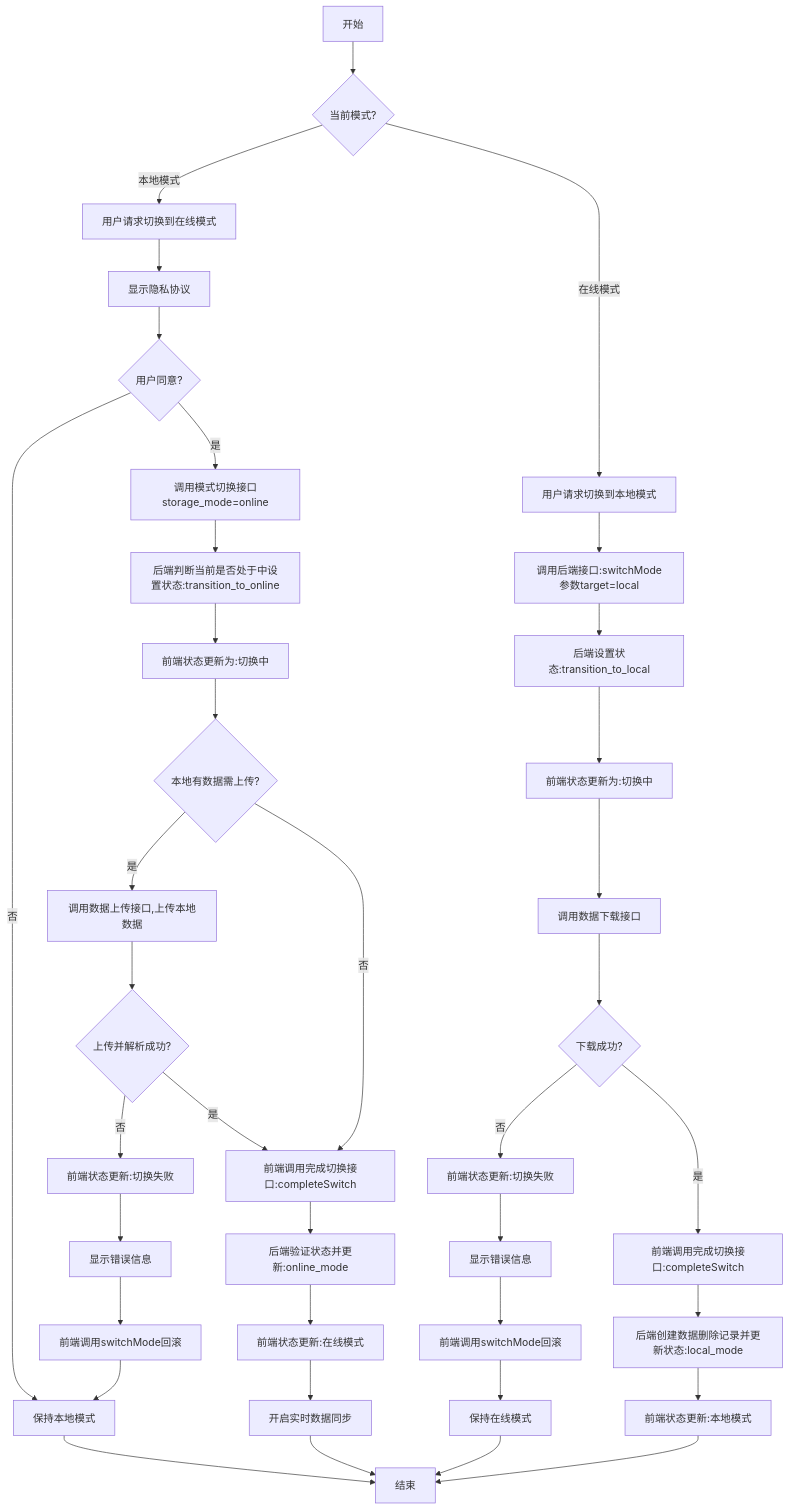
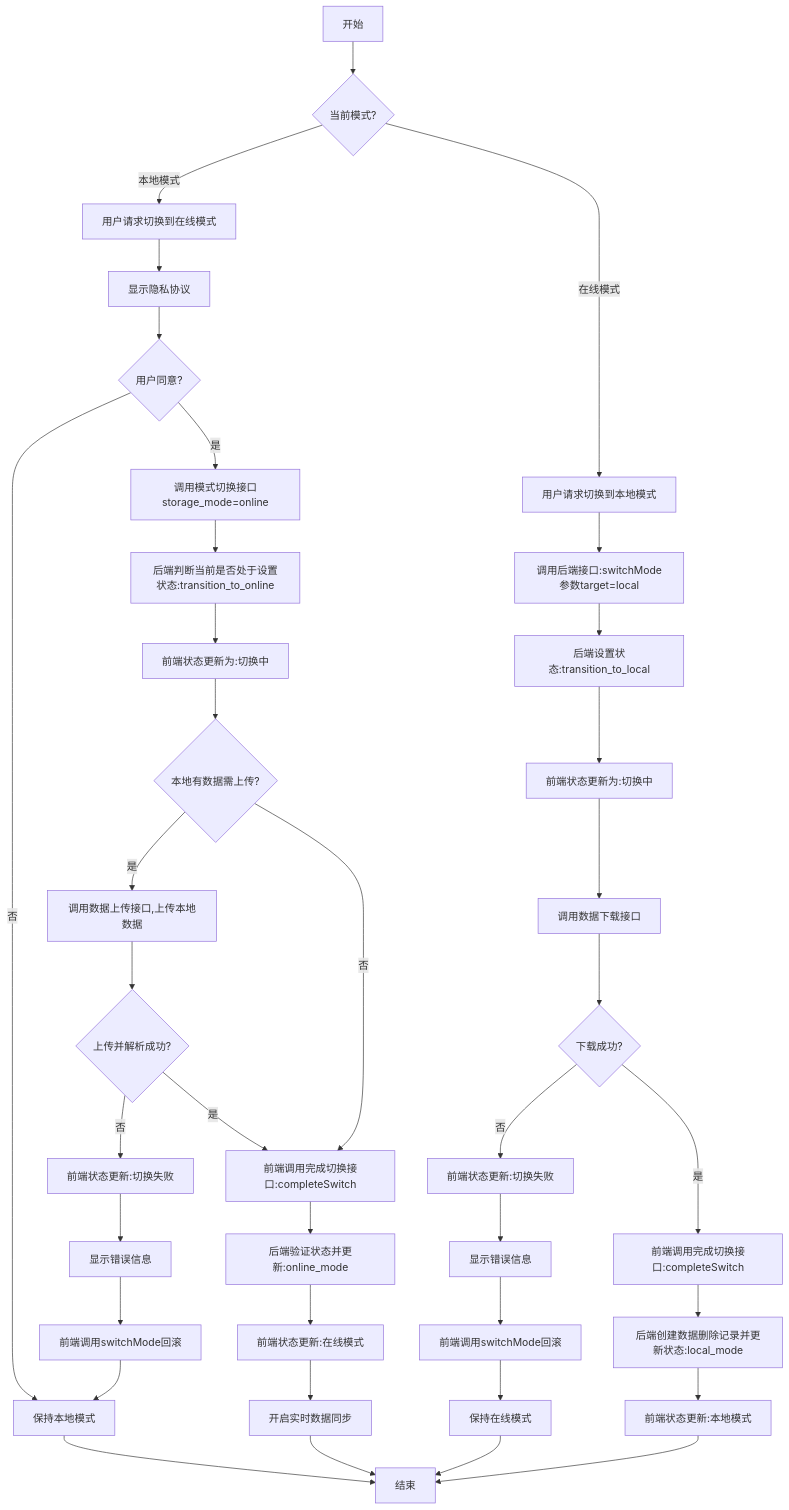
One commit to yingjianzh/iodraw-files changed the diagram in all/未命名-58.md. Above: the diagram before and after it, drawn with Mermaid.

Commit message:
2025-05-14 10:34:48 update

````diff
--- a/all/未命名-58.md
+++ b/all/未命名-58.md
@@ -1,51 +1,51 @@
 ```mermaid
 flowchart TD
     A[开始] --> B{当前模式?}
     
     %% 本地模式转在线模式
     B -->|本地模式| C[用户请求切换到在线模式]
     C --> D[显示隐私协议]
     D --> E{用户同意?}
     E -->|否| F[保持本地模式]
     F --> Z[结束]
     
     E -->|是| G[调用模式切换接口storage_mode=online]
-    G --> H[后端判断当前是否处于中设置状态:transition_to_online]
+    G --> H[后端判断当前是否处于设置状态:transition_to_online]
     H --> I[前端状态更新为:切换中]
     
     I --> J{本地有数据需上传?}
     
     J -->|是| L[调用数据上传接口,上传本地数据]
     L --> M{上传并解析成功?}
     M -->|否| O[前端状态更新:切换失败]
     O --> P[显示错误信息]
     P --> Q[前端调用switchMode回滚]
     Q --> F
     
     J -->|否| R[前端调用完成切换接口:completeSwitch]
     M -->|是| R
     
     R --> S[后端验证状态并更新:online_mode]
     S --> T[前端状态更新:在线模式]
     T --> U[开启实时数据同步]
     U --> Z
     
     %% 在线模式转本地模式
     B -->|在线模式| V[用户请求切换到本地模式]
     V --> W[调用后端接口:switchMode参数target=local]
     W --> X[后端设置状态:transition_to_local]
     X --> Y[前端状态更新为:切换中]
     
     Y --> Z1[调用数据下载接口]
     Z1 --> AA{下载成功?}
     AA -->|否| AB[前端状态更新:切换失败]
     AB --> AC[显示错误信息]
     AC --> AD[前端调用switchMode回滚]
     AD --> AE[保持在线模式]
     AE --> Z
     
     AA -->|是| AF[前端调用完成切换接口:completeSwitch]
     AF --> AG[后端创建数据删除记录并更新状态:local_mode]
     AG --> AH[前端状态更新:本地模式]
     AH --> Z
 ```
````
